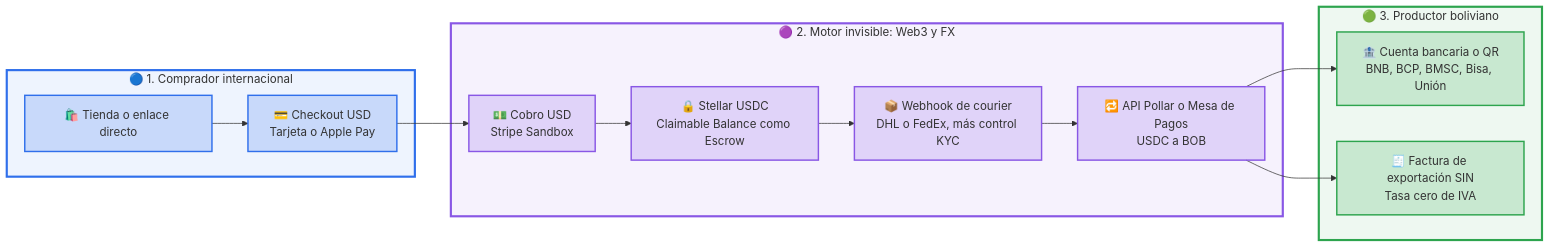
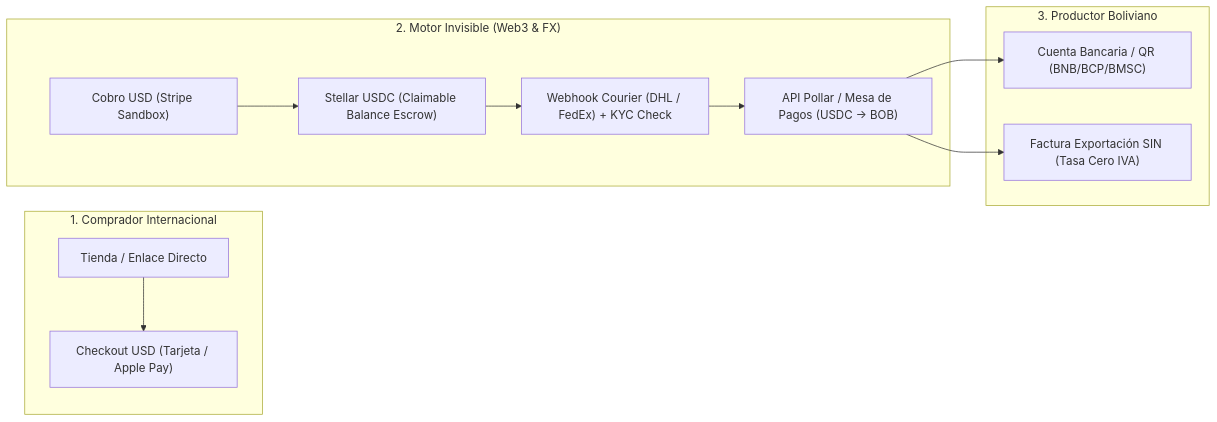
The diagram in README.md (leogct02/Nodes), drawn with Mermaid before and after one commit. The commit also changed other lines of this file and 9 other files, not shown here.

````diff
--- a/README.md
+++ b/README.md
@@ -147,32 +35,19 @@
 ```mermaid
 flowchart LR
-    subgraph Comprador ["🔵 1. Comprador internacional"]
-        C1["🛍️ Tienda o enlace directo"] --> C2["💳 Checkout USD<br/>Tarjeta o Apple Pay"]
+    subgraph Comprador ["1. Comprador Internacional"]
+        C1["Tienda / Enlace Directo"] --> C2["Checkout USD (Tarjeta / Apple Pay)"]
     end
 
-    subgraph Pasarela ["🟣 2. Motor invisible: Web3 y FX"]
-        P1["💵 Cobro USD<br/>Stripe Sandbox"] --> P2["🔒 Stellar USDC<br/>Claimable Balance como Escrow"]
-        P2 --> P3["📦 Webhook de courier<br/>DHL o FedEx, más control KYC"]
-        P3 --> P4["🔁 API Pollar o Mesa de Pagos<br/>USDC a BOB"]
+    subgraph Pasarela ["2. Motor Invisible (Web3 & FX)"]
+        P1["Cobro USD (Stripe Sandbox)"] --> P2["Stellar USDC (Claimable Balance Escrow)"]
+        P2 --> P3["Webhook Courier (DHL / FedEx) + KYC Check"]
+        P3 --> P4["API Pollar / Mesa de Pagos (USDC → BOB)"]
     end
 
-    subgraph Productor ["🟢 3. Productor boliviano"]
-        PR1["🏦 Cuenta bancaria o QR<br/>BNB, BCP, BMSC, Bisa, Unión"]
-        PR2["🧾 Factura de exportación SIN<br/>Tasa cero de IVA"]
+    subgraph Productor ["3. Productor Boliviano"]
+        PR1["Cuenta Bancaria / QR (BNB/BCP/BMSC)"]
+        PR2["Factura Exportación SIN (Tasa Cero IVA)"]
+        P4 --> PR1
+        P4 --> PR2
     end
-
-    C2 --> P1
-    P4 --> PR1
-    P4 --> PR2
-
-    classDef buyer fill:#2f6feb33,stroke:#2f6feb,stroke-width:2px
-    classDef engine fill:#8957e533,stroke:#8957e5,stroke-width:2px
-    classDef producer fill:#2da44e33,stroke:#2da44e,stroke-width:2px
-    class C1,C2 buyer
-    class P1,P2,P3,P4 engine
-    class PR1,PR2 producer
-
-    style Comprador fill:#2f6feb14,stroke:#2f6feb,stroke-width:3px
-    style Pasarela fill:#8957e514,stroke:#8957e5,stroke-width:3px
-    style Productor fill:#2da44e14,stroke:#2da44e,stroke-width:3px
 ```
````
